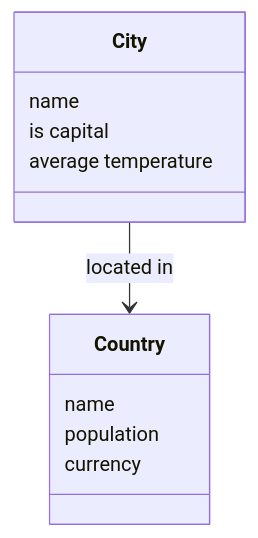
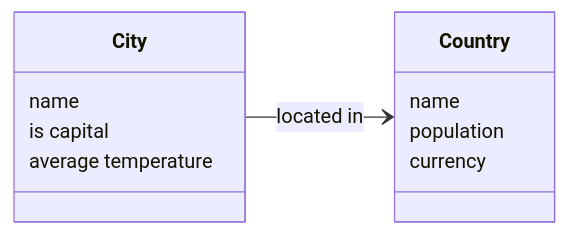
One commit to mmantle-hud/githubpages changed the second of 3 diagrams in module_3_relationships/3.1_one_to_many_relationships/3.1.1_reading_one_to_many_relationships.md. Above: the diagram before and after it, drawn with Mermaid. The commit also changed other lines of this file and 6 other files, not shown here.

```diff
--- a/module_3_relationships/3.1_one_to_many_relationships/3.1.1_reading_one_to_many_relationships.md
+++ b/module_3_relationships/3.1_one_to_many_relationships/3.1.1_reading_one_to_many_relationships.md
@@ -40,16 +41,17 @@
 <pre class="mermaid">
 classDiagram 
     accTitle: Conceptual ERD showing Country and City
     accDescr: Shows the Country and City entities
+    direction LR
     City --> Country : located in
     class Country{
       name
       population
       currency
     }
     class City{
         name
         is capital
         average temperature
     }
 </pre>
```
